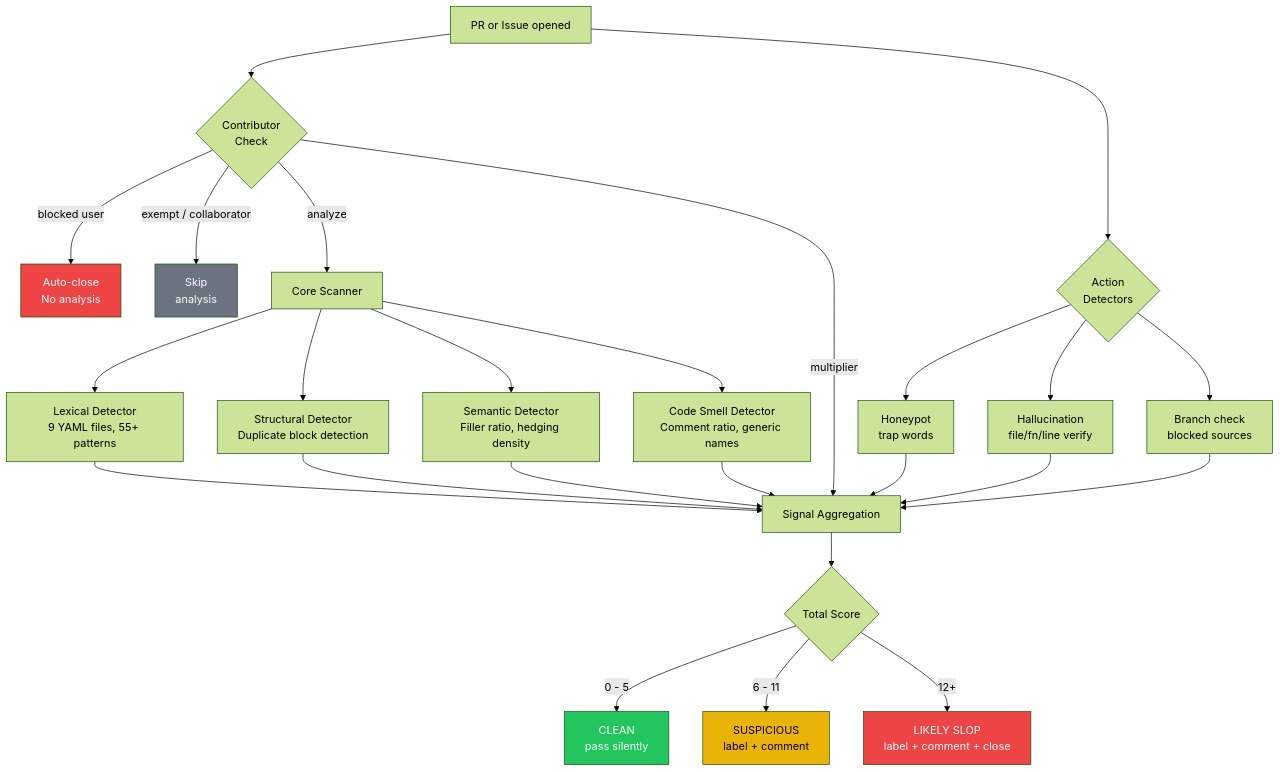
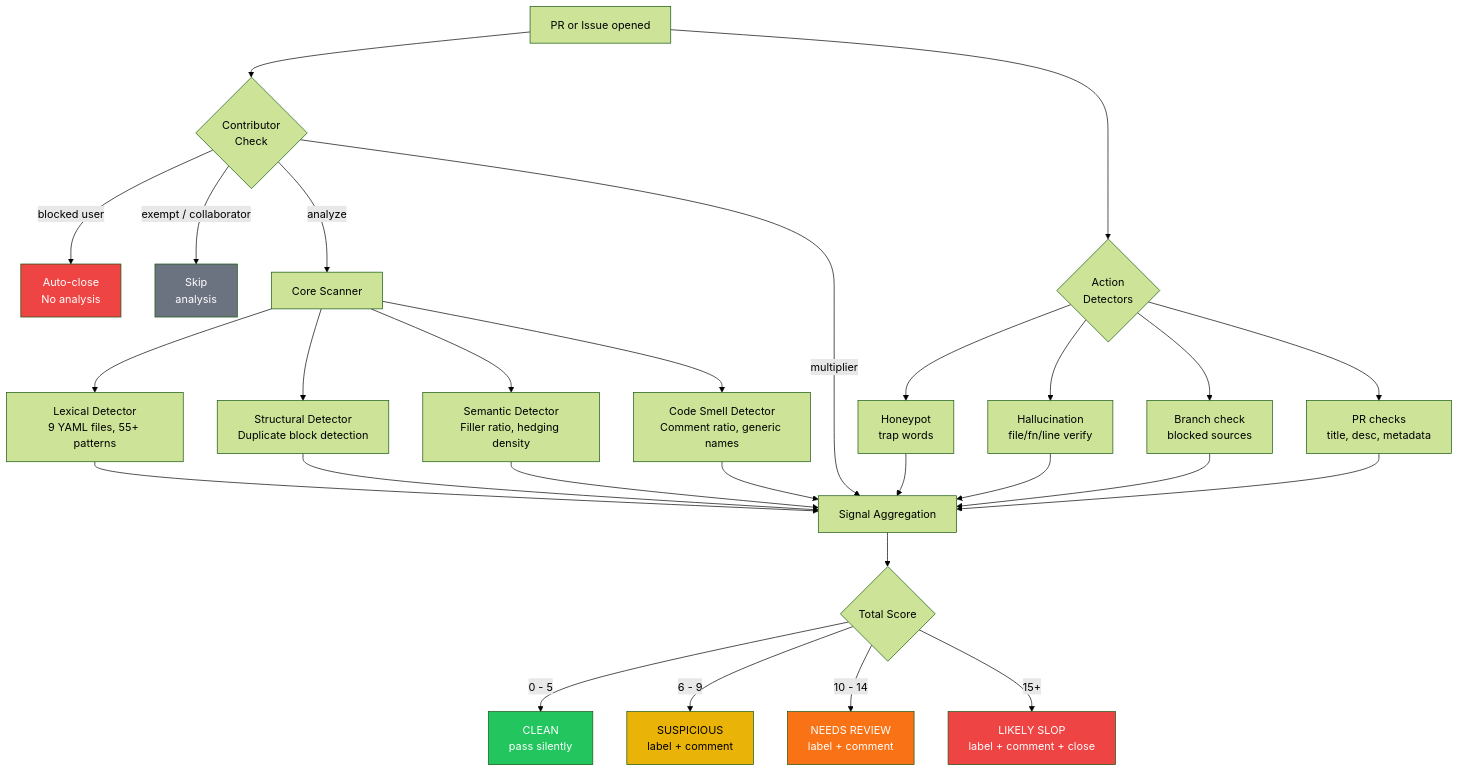
The first of 3 diagrams in README.md (aislopguardian/slopguardian-action), drawn with Mermaid (forest theme) before and after one commit. The commit also changed other lines of this file and 23 other files, not shown here.

First line of the commit message:
feat: v3 — 4 verdict tiers, 11 new PR checks, profile presets, comment v3

````diff
--- a/README.md
+++ b/README.md
@@ -28,37 +54,41 @@
 ```mermaid
 flowchart TD
     A["PR or Issue opened"] --> B{"Contributor\nCheck"}
     B -->|"blocked user"| X["Auto-close\nNo analysis"]
     B -->|"exempt / collaborator"| Y["Skip\nanalysis"]
     B -->|"analyze"| C["Core Scanner"]
 
     C --> D["Lexical Detector\n9 YAML files, 55+ patterns"]
     C --> E["Structural Detector\nDuplicate block detection"]
     C --> F["Semantic Detector\nFiller ratio, hedging density"]
     C --> G["Code Smell Detector\nComment ratio, generic names"]
 
     A --> H{"Action\nDetectors"}
     H --> H1["Honeypot\ntrap words"]
     H --> H2["Hallucination\nfile/fn/line verify"]
     H --> H3["Branch check\nblocked sources"]
+    H --> H4["PR checks\ntitle, desc, metadata"]
 
     D --> S["Signal Aggregation"]
     E --> S
     F --> S
     G --> S
     H1 --> S
     H2 --> S
     H3 --> S
+    H4 --> S
     B -->|"multiplier"| S
 
     S --> SC{"Total Score"}
     SC -->|"0 - 5"| CLEAN["CLEAN\npass silently"]
-    SC -->|"6 - 11"| WARN["SUSPICIOUS\nlabel + comment"]
-    SC -->|"12+"| SLOP["LIKELY SLOP\nlabel + comment + close"]
+    SC -->|"6 - 9"| WARN["SUSPICIOUS\nlabel + comment"]
+    SC -->|"10 - 14"| REV["NEEDS REVIEW\nlabel + comment"]
+    SC -->|"15+"| SLOP["LIKELY SLOP\nlabel + comment + close"]
 
     style CLEAN fill:#22c55e,color:#fff
     style WARN fill:#eab308,color:#000
+    style REV fill:#f97316,color:#fff
     style SLOP fill:#ef4444,color:#fff
     style X fill:#ef4444,color:#fff
     style Y fill:#6b7280,color:#fff
 ```
````
